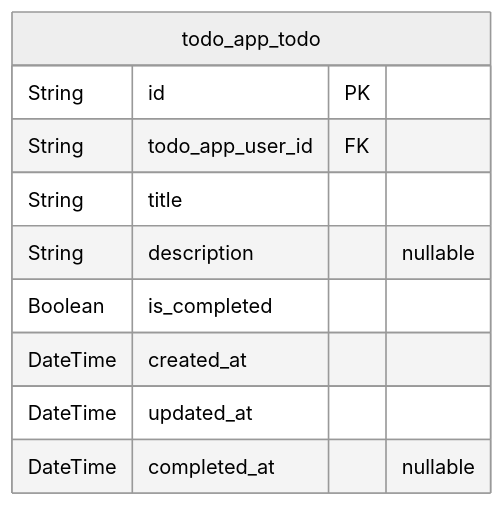
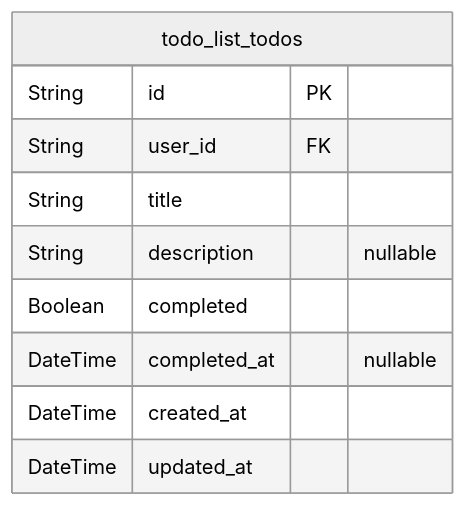
The second of 2 diagrams in anthropic/claude-haiku-4.5/todo/docs/ERD.md (wrtnlabs/autobe-examples), drawn with Mermaid (neutral theme) before and after one commit. The commit also changed other lines of this file and 3372 other files, not shown here.

````diff
--- a/anthropic/claude-haiku-4.5/todo/docs/ERD.md
+++ b/anthropic/claude-haiku-4.5/todo/docs/ERD.md
@@ -283,13 +99,13 @@
 ```mermaid
 erDiagram
-"todo_app_todo" {
+"todo_list_todos" {
   String id PK
-  String todo_app_user_id FK
+  String user_id FK
   String title
   String description "nullable"
-  Boolean is_completed
+  Boolean completed
+  DateTime completed_at "nullable"
   DateTime created_at
   DateTime updated_at
-  DateTime completed_at "nullable"
 }
 ```
````
